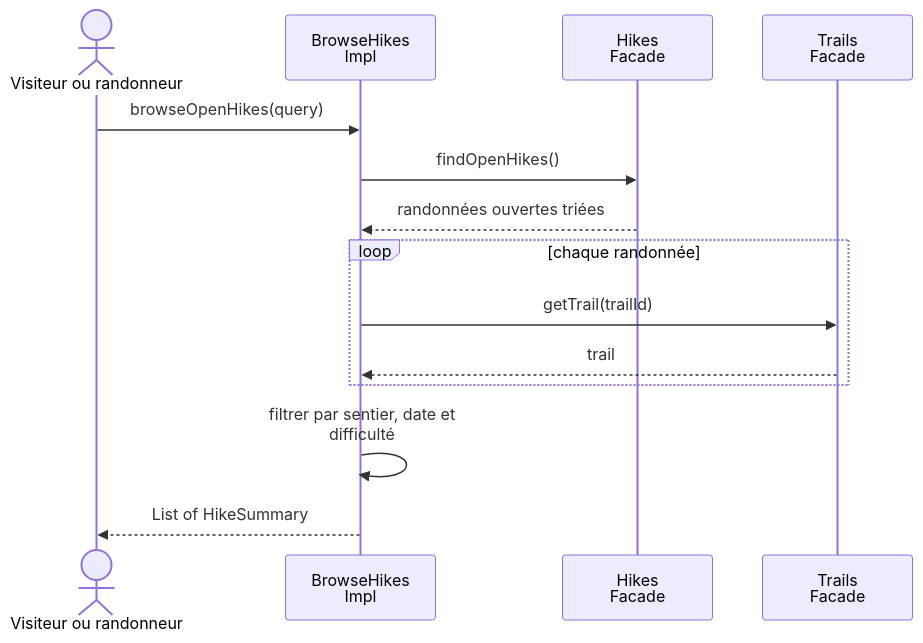
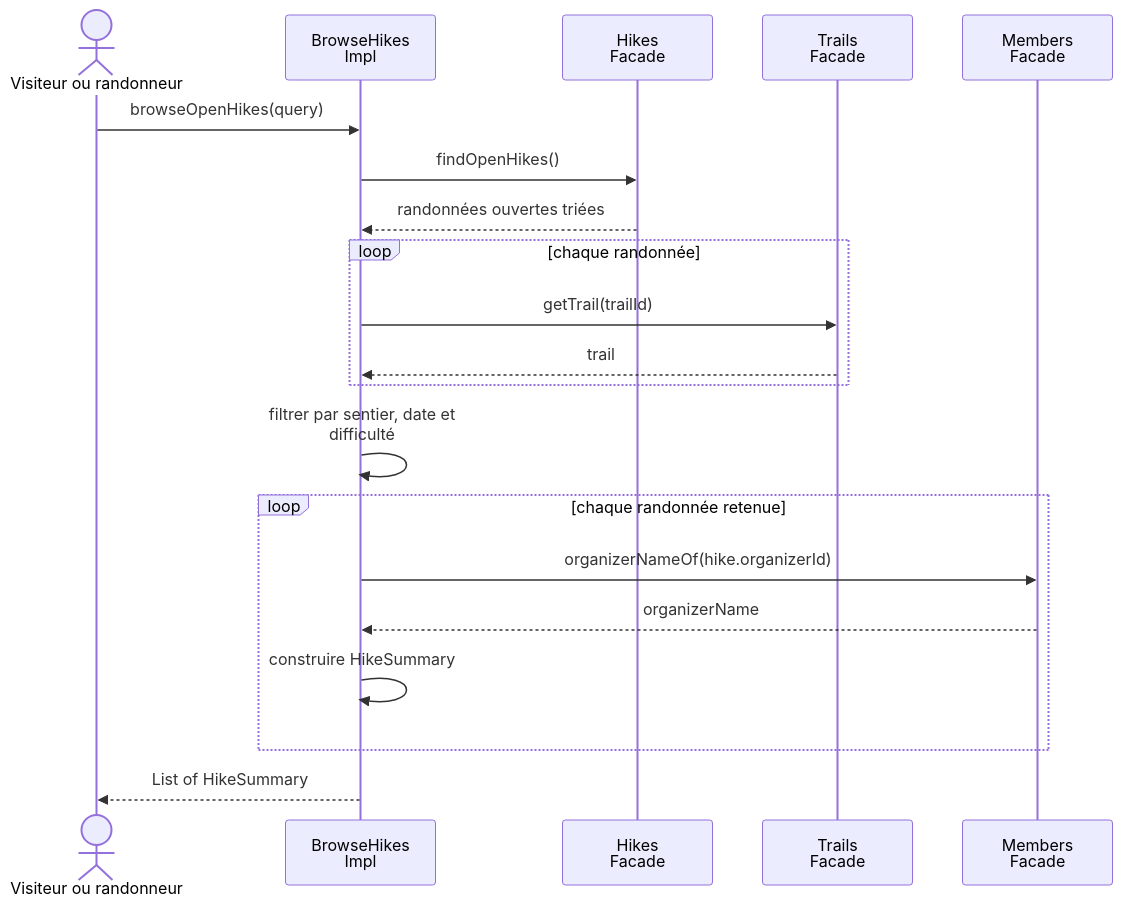
Before and after one commit to SEG3502Lab/SEG3502Lab-Projet_CAR-HMS: diagram 23 of 32 in docs/Livrable2_CAR-HMS.md, drawn with Mermaid. The commit also changed other lines of this file and 22 other files, not shown here.

````diff
--- a/docs/Livrable2_CAR-HMS.md
+++ b/docs/Livrable2_CAR-HMS.md
@@ -845,16 +783,27 @@
 ```mermaid
 sequenceDiagram
 actor V as Visiteur ou randonneur
 participant UC as BrowseHikes<br/>Impl
 participant HF as Hikes<br/>Facade
 participant TR as Trails<br/>Facade
+participant M as Members<br/>Facade
+
 V->>UC: browseOpenHikes(query)
 UC->>HF: findOpenHikes()
 HF-->>UC: randonnées ouvertes triées
+
 loop chaque randonnée
-  UC->>TR: getTrail(trailId)
-  TR-->>UC: trail
+    UC->>TR: getTrail(trailId)
+    TR-->>UC: trail
 end
+
 UC->>UC: filtrer par sentier, date et<br/>difficulté
+
+loop chaque randonnée retenue
+    UC->>M: organizerNameOf(hike.organizerId)
+    M-->>UC: organizerName
+    UC->>UC: construire HikeSummary
+end
+
 UC-->>V: List of HikeSummary
 ```
````
